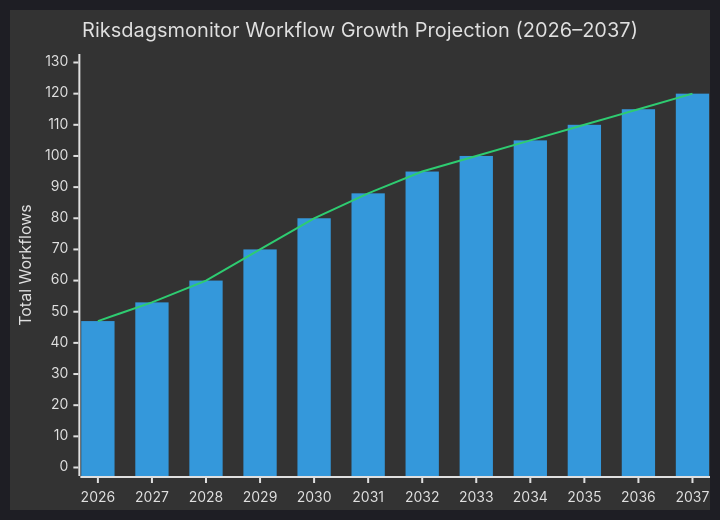
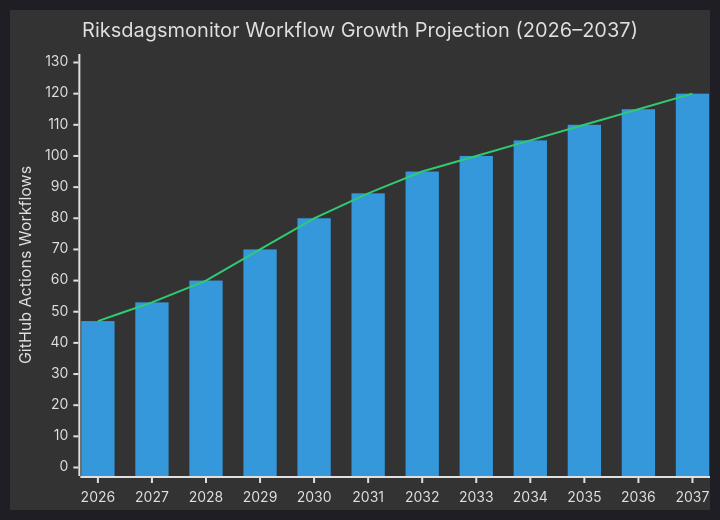
Before and after one commit to Hack23/riksdagsmonitor: the sixth of 6 diagrams in README.md, drawn with Mermaid. The commit also changed other lines of this file, not shown here.

Commit message:
Clarify workflow counts as GitHub Actions workflows and add full path to lock.yml reference

````diff
--- a/README.md
+++ b/README.md
@@ -913,9 +913,9 @@
 ```mermaid
 %%{init: {'theme': 'dark', 'themeVariables': {'primaryColor': '#00d9ff', 'primaryTextColor': '#e0e0e0', 'primaryBorderColor': '#ff006e', 'lineColor': '#ffbe0b', 'secondaryColor': '#1a1e3d', 'tertiaryColor': '#0a0e27'}}}%%
 xychart-beta
     title "Riksdagsmonitor Workflow Growth Projection (2026–2037)"
     x-axis ["2026", "2027", "2028", "2029", "2030", "2031", "2032", "2033", "2034", "2035", "2036", "2037"]
-    y-axis "Total Workflows" 0 --> 130
+    y-axis "GitHub Actions Workflows" 0 --> 130
     bar [47, 53, 60, 70, 80, 88, 95, 100, 105, 110, 115, 120]
     line [47, 53, 60, 70, 80, 88, 95, 100, 105, 110, 115, 120]
 ```
````
